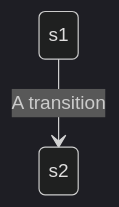
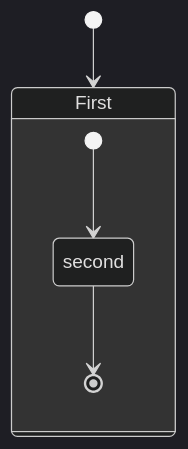
One commit to kirolossedra/Vehicle-Control-System changed the diagram in README.md. Above: the diagram before and after it, drawn with Mermaid (dark theme).

````diff
--- a/README.md
+++ b/README.md
@@ -10,4 +10,8 @@
 ```mermaid
 stateDiagram-v2
-    s1 --> s2: A transition
+    [*] --> First
+    state First {
+        [*] --> second
+        second --> [*]
+    }
 ```
````
